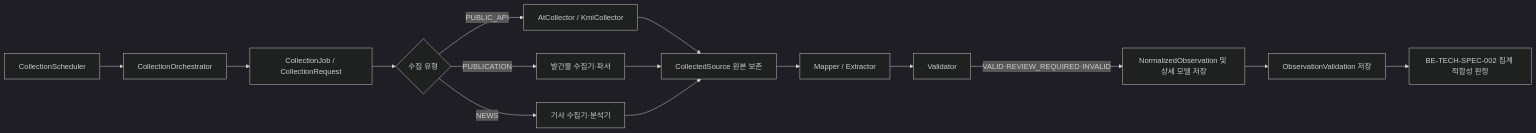
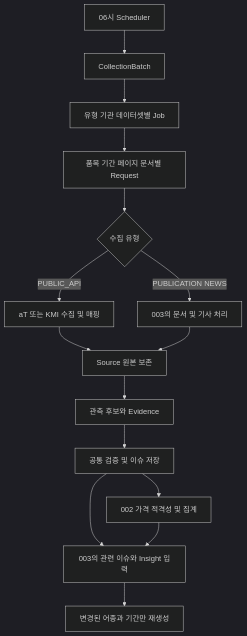
One commit to today-fish/today-fish-docs changed the diagram in MVP/architecture/backend/tech-spec/BE-TECH-SPEC-001-데이터-수집-정규화-검증.md. Above: the diagram before and after it, drawn with Mermaid (dark theme). The commit also changed other lines of this file and 5 other files, not shown here.

First line of the commit message:
docs: 백엔드 Tech Spec·ERD 통합 기준 정리

````diff
--- a/MVP/architecture/backend/tech-spec/BE-TECH-SPEC-001-데이터-수집-정규화-검증.md
+++ b/MVP/architecture/backend/tech-spec/BE-TECH-SPEC-001-데이터-수집-정규화-검증.md
@@ -92,17 +37,17 @@
 ```mermaid
-flowchart LR
-    S[CollectionScheduler] --> O[CollectionOrchestrator]
-    O --> J[CollectionJob / CollectionRequest]
-    J --> C{수집 유형}
-    C -->|PUBLIC_API| A[AtCollector / KmiCollector]
-    C -->|PUBLICATION| P[발간물 수집기·파서]
-    C -->|NEWS| N[기사 수집기·분석기]
-    A --> R[CollectedSource 원본 보존]
-    P --> R
-    N --> R
-    R --> M[Mapper / Extractor]
-    M --> V[Validator]
-    V -->|VALID·REVIEW_REQUIRED·INVALID| D[NormalizedObservation 및 상세 모델 저장]
-    D --> Q[ObservationValidation 저장]
-    Q --> X[BE-TECH-SPEC-002 집계 적합성 판정]
+flowchart TD
+    S[06시 Scheduler] --> B[CollectionBatch]
+    B --> J[유형 기관 데이터셋별 Job]
+    J --> R[품목 기간 페이지 문서별 Request]
+    R --> C{수집 유형}
+    C -->|PUBLIC_API| A[aT 또는 KMI 수집 및 매핑]
+    C -->|PUBLICATION NEWS| D[003의 문서 및 기사 처리]
+    A --> O[Source 원본 보존]
+    D --> O
+    O --> N[관측 후보와 Evidence]
+    N --> V[공통 검증 및 이슈 저장]
+    V --> P[002 가격 적격성 및 집계]
+    V --> I[003의 관련 이슈와 Insight 입력]
+    P --> I
+    I --> F[변경된 어종과 기간만 재생성]
 ```
````
